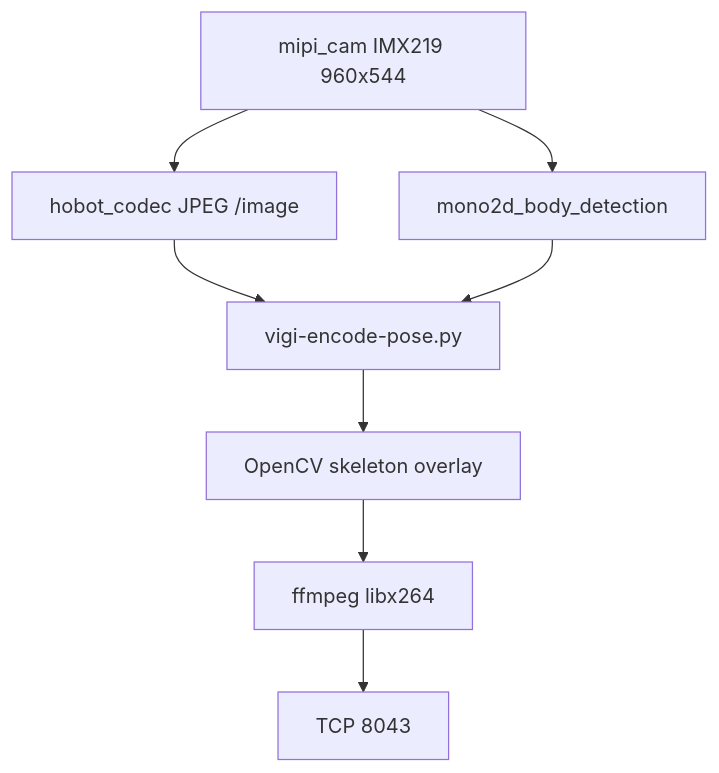
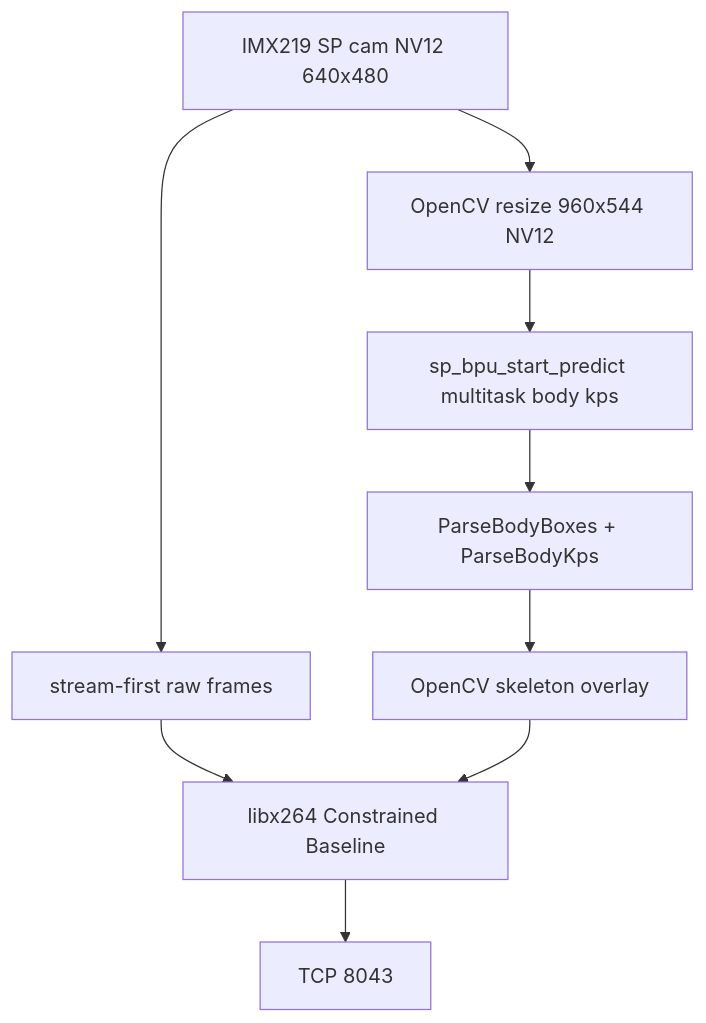
Before and after one commit to XimunMendiburu-git/vigibot-rdk-x5: the diagram in docs/pose-source.md, drawn with Mermaid. The commit also changed other lines of this file and 21 other files, not shown here.

First line of the commit message:
Unify video sources 0/1/2 on full C++ libx264 + BPU paths.

````diff
--- a/docs/pose-source.md
+++ b/docs/pose-source.md
@@ -54,13 +54,13 @@
 ```mermaid
 flowchart TB
-  Cam[mipi_cam IMX219 960x544]
-  Jpeg[hobot_codec JPEG /image]
-  Det[mono2d_body_detection]
-  Sub[vigi-encode-pose.py]
+  Cam[IMX219 SP cam NV12 640x480]
+  Pass[stream-first raw frames]
+  Resize[OpenCV resize 960x544 NV12]
+  BPU[sp_bpu_start_predict multitask body kps]
+  Post[ParseBodyBoxes + ParseBodyKps]
   Draw[OpenCV skeleton overlay]
-  X264[ffmpeg libx264]
+  X264[libx264 Constrained Baseline]
   Tcp[TCP 8043]
-  Cam --> Jpeg --> Sub
-  Cam --> Det --> Sub
-  Sub --> Draw --> X264 --> Tcp
+  Cam --> Pass --> X264
+  Cam --> Resize --> BPU --> Post --> Draw --> X264 --> Tcp
 ```
````
